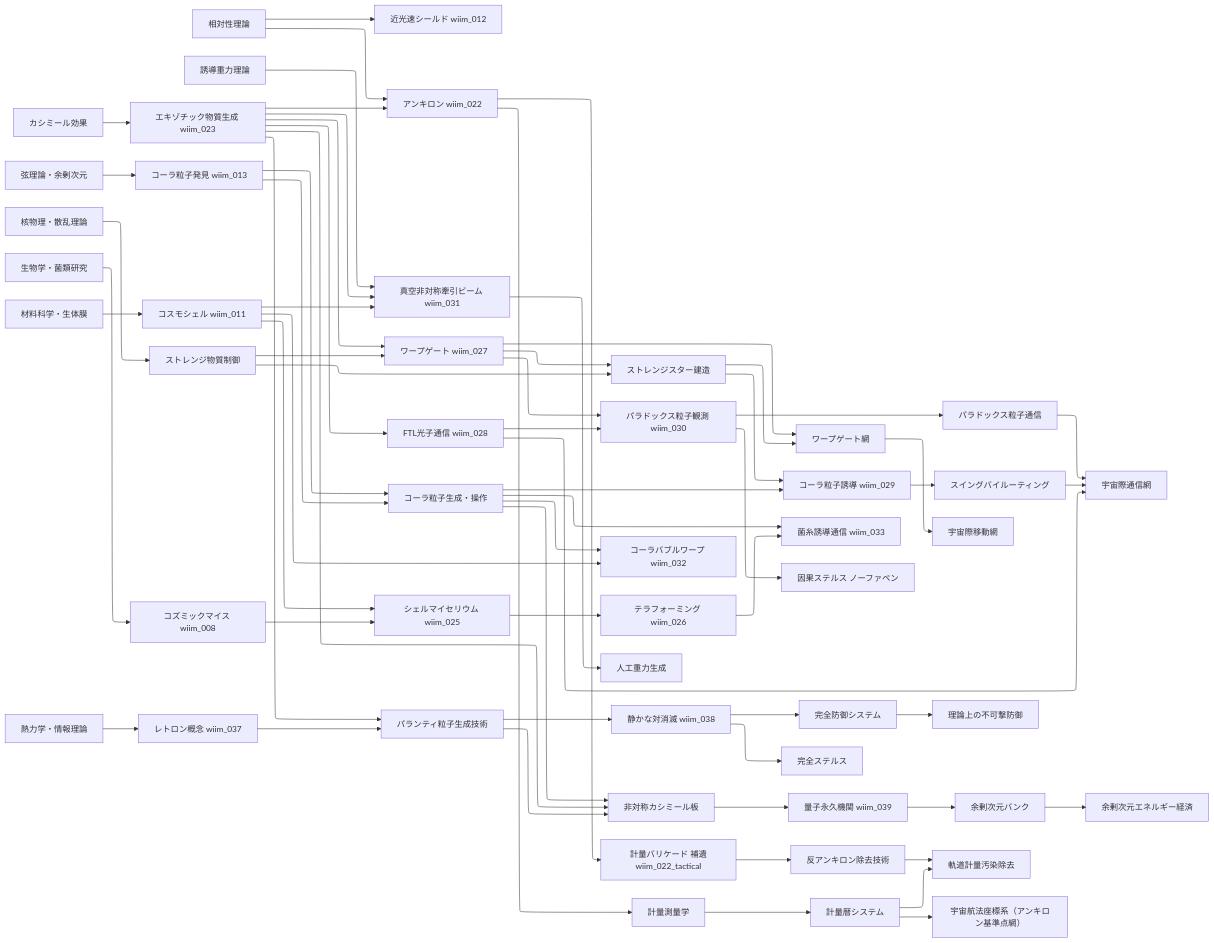
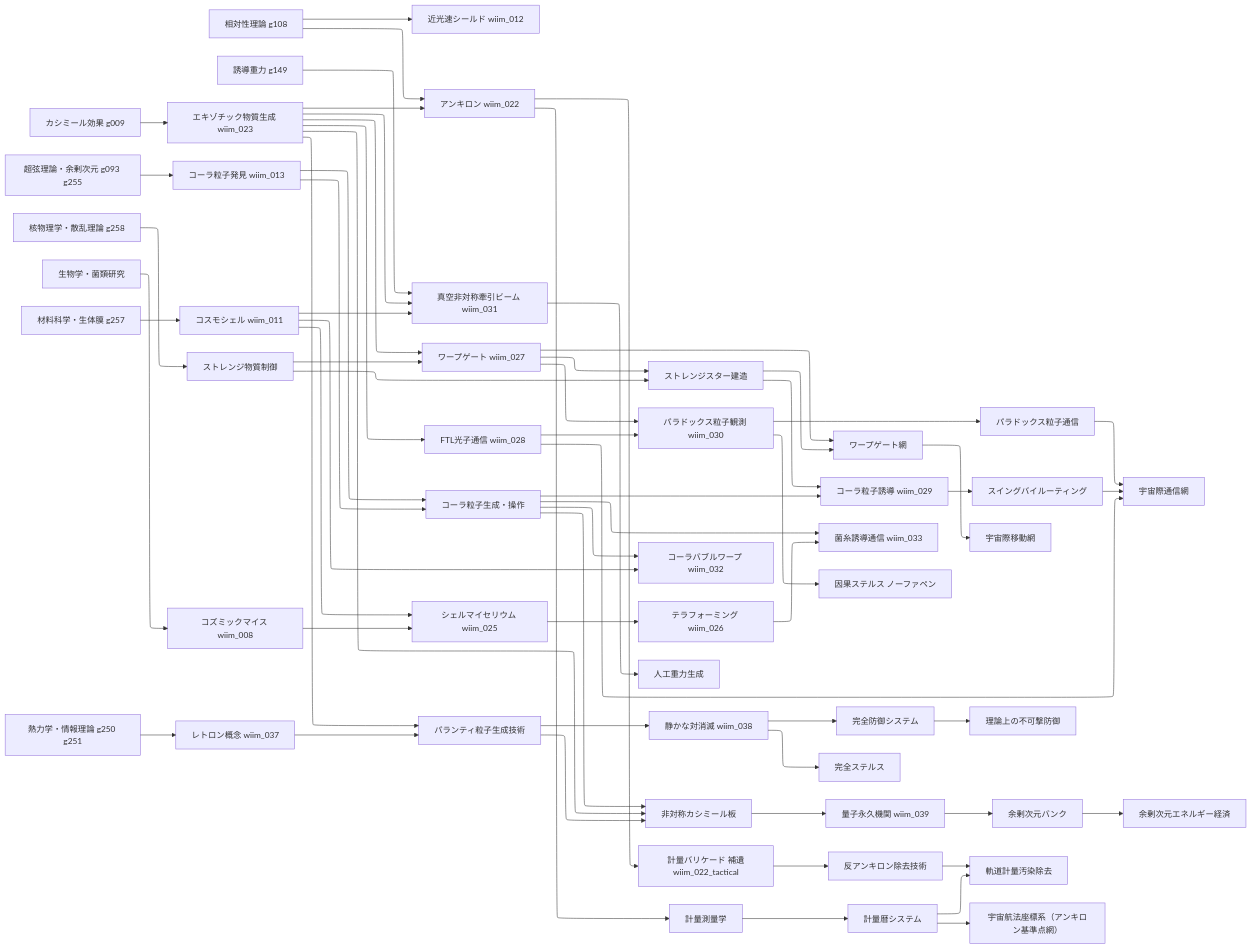
Before and after one commit to theronium/WhatIfImpossible: the first of 11 diagrams in docs/notes/tech_tree.md, drawn with Mermaid. The commit also changed other lines of this file and 73 other files, not shown here.

````diff
--- a/docs/notes/tech_tree.md
+++ b/docs/notes/tech_tree.md
@@ -16,78 +16,78 @@
 ```mermaid
 %%{init: {"layout": "elk"}}%%
 flowchart LR
-    C0A[カシミール効果]
-    C0B[弦理論・余剰次元]
-    C0C[核物理・散乱理論]
+    C0A[カシミール効果 g009]
+    C0B[超弦理論・余剰次元 g093 g255]
+    C0C[核物理学・散乱理論 g258]
     C0D[生物学・菌類研究]
-    C0E[相対性理論]
-    C0F[材料科学・生体膜]
-    C0G[誘導重力理論]
-    C0H[熱力学・情報理論]
+    C0E[相対性理論 g108]
+    C0F[材料科学・生体膜 g257]
+    C0G[誘導重力 g149]
+    C0H[熱力学・情報理論 g250 g251]
 
     C0A --> T1A[エキゾチック物質生成 wiim_023]
     C0B --> T1B[コーラ粒子発見 wiim_013]
     C0F --> T1C[コスモシェル wiim_011]
     C0C --> T1D[ストレンジ物質制御]
     C0D --> T1E[コズミックマイス wiim_008]
     C0E --> T2F[近光速シールド wiim_012]
     C0E --> T1F[アンキロン wiim_022]
     T1A --> T1F
     C0G --> T2G[真空非対称牽引ビーム wiim_031]
 
     T1A --> T2A[ワープゲート wiim_027]
     T1A --> T2B[FTL光子通信 wiim_028]
     T1A --> T2G
     T1B --> T2C[コーラ粒子生成・操作]
     T1C --> T2E[シェルマイセリウム wiim_025]
     T1C --> T2G
     T1D --> T2A
     T1D --> T2D[ストレンジスター建造]
     T1E --> T2E
 
     T2A --> T2D
     T2A --> T3A[ワープゲート網]
     T2A --> T2H[パラドックス粒子観測 wiim_030]
     T2B --> T2H
     T2C --> T3B[コーラ粒子誘導 wiim_029]
     T2C --> T3I[コーラバブルワープ wiim_032]
     T1C --> T3I
     T2D --> T3A
     T2D --> T3B
     T2E --> T3C[テラフォーミング wiim_026]
     T2C --> T3H[菌糸誘導通信 wiim_033]
     T3C --> T3H
     T2G --> T3E[人工重力生成]
     T2H --> T3F[因果ステルス ノーファペン]
     T2H --> T3G[パラドックス粒子通信]
 
     T3B --> T3D[スイングバイルーティング]
     T3D --> T4B[宇宙際通信網]
     T3A --> T4A[宇宙際移動網]
     T2B --> T4B
     T3G --> T4B
 
     C0H --> T1G[レトロン概念 wiim_037]
     T1A --> T1H[パランティ粒子生成技術]
     T1G --> T1H
     T1H --> T2N[静かな対消滅 wiim_038]
     T2N --> T3M[完全防御システム]
     T2N --> T3N[完全ステルス]
     T3M --> T4D[理論上の不可撃防御]
 
     T1A --> T1I[非対称カシミール板]
     T1B --> T2C
     T2C --> T1I
     T1I --> T2O[量子永久機関 wiim_039]
     T1H --> T1I
     T2O --> T3P[余剰次元バンク]
     T3P --> T4E[余剰次元エネルギー経済]
 
     T1F --> T2K[計量バリケード 補遺wiim_022_tactical]
     T1F --> T2L[計量測量学]
     T2K --> T2M[反アンキロン除去技術]
     T2L --> T3K[計量暦システム]
     T2M --> T3L[軌道計量汚染除去]
     T3K --> T3L
     T3K --> T4C[宇宙航法座標系（アンキロン基準点網）]
 ```
````
